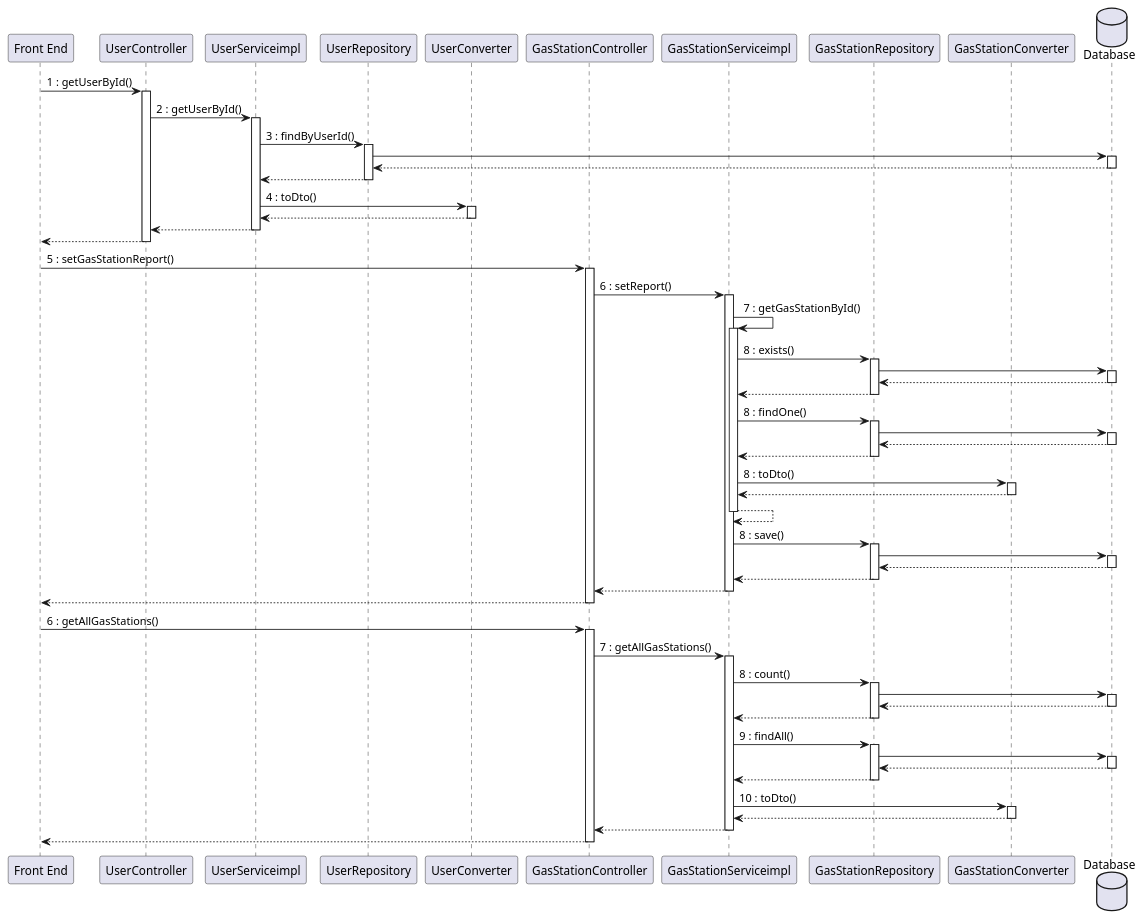
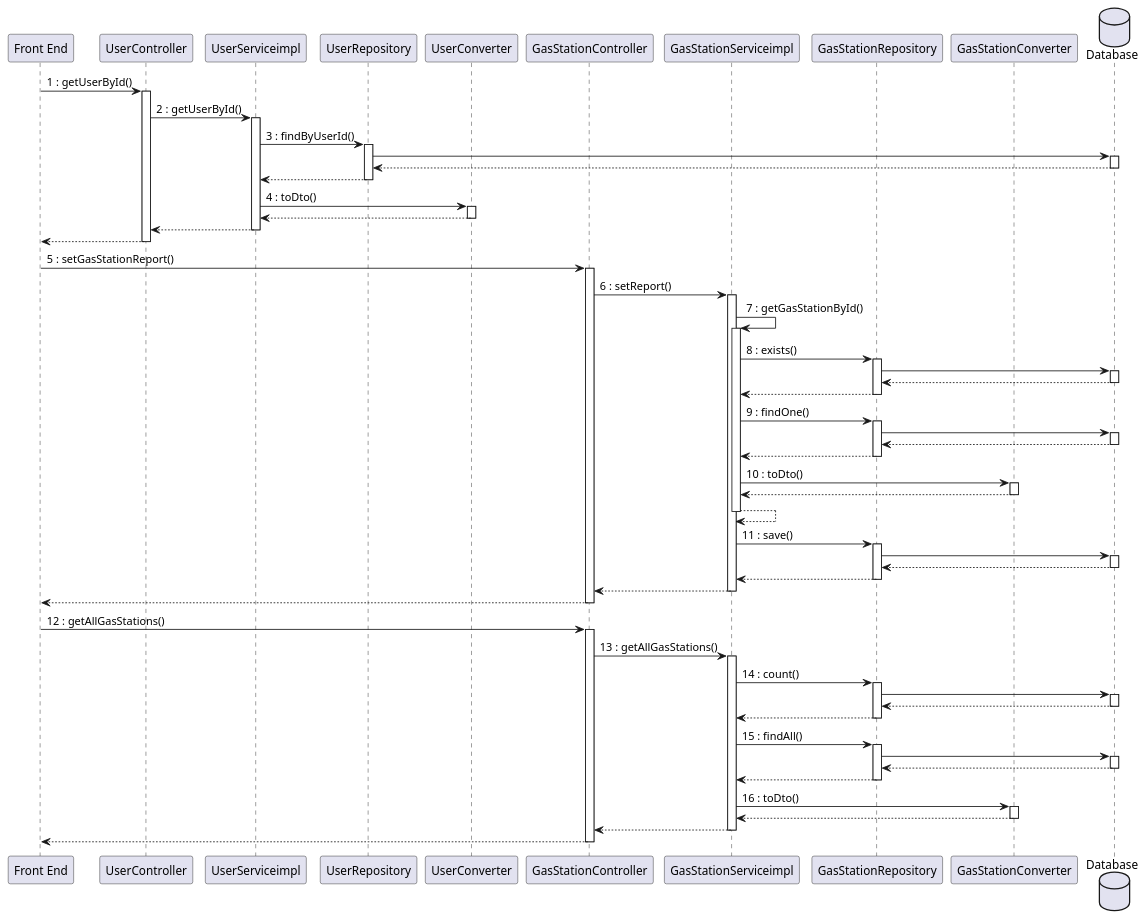
Before and after one commit to mosTavassoli/ezgas: diagram 11 of 15 in docs/DesignDocument.md, drawn with PlantUML.

Commit message:
docs(DesignDocument): fix sequence diagram use case 7

````diff
--- a/docs/DesignDocument.md
+++ b/docs/DesignDocument.md
@@ -753,75 +753,75 @@
 ```plantuml
 database Database order 30
 "Front End" -> UserController:1 : getUserById()
 activate UserController
 UserController -> UserServiceimpl:2 : getUserById()
 activate UserServiceimpl
 UserServiceimpl -> UserRepository:3 : findByUserId()
 activate UserRepository
 UserRepository -> Database
 activate Database
 return
 return
 UserServiceimpl -> UserConverter:4 : toDto()
 activate UserConverter
 return
 return
 return
 
 "Front End" -> GasStationController:5 : setGasStationReport()
 activate GasStationController
 GasStationController -> GasStationServiceimpl:6 : setReport()
 activate GasStationServiceimpl
 
 GasStationServiceimpl -> GasStationServiceimpl:7 : getGasStationById()
 activate GasStationServiceimpl
 GasStationServiceimpl -> GasStationRepository:8 : exists()
 activate GasStationRepository
 GasStationRepository -> Database
 activate Database
 return
 return
-GasStationServiceimpl -> GasStationRepository:8 : findOne()
+GasStationServiceimpl -> GasStationRepository:9 : findOne()
 activate GasStationRepository
 GasStationRepository -> Database
 activate Database
 return
 return
-GasStationServiceimpl -> GasStationConverter:8 : toDto()
+GasStationServiceimpl -> GasStationConverter:10 : toDto()
 activate GasStationConverter
 return
 return
 
 
-GasStationServiceimpl -> GasStationRepository:8 : save()
+GasStationServiceimpl -> GasStationRepository:11 : save()
 activate GasStationRepository
 GasStationRepository -> Database
 activate Database
 return
 return
 return
 return
 
-"Front End" -> GasStationController:6 : getAllGasStations()
+"Front End" -> GasStationController:12 : getAllGasStations()
 activate GasStationController
-GasStationController -> GasStationServiceimpl:7 : getAllGasStations()
+GasStationController -> GasStationServiceimpl:13 : getAllGasStations()
 activate GasStationServiceimpl
-GasStationServiceimpl -> GasStationRepository:8 : count()
+GasStationServiceimpl -> GasStationRepository:14 : count()
 activate GasStationRepository
 GasStationRepository -> Database
 activate Database
 return
 return
-GasStationServiceimpl -> GasStationRepository:9 : findAll()
+GasStationServiceimpl -> GasStationRepository:15 : findAll()
 activate GasStationRepository
 GasStationRepository -> Database
 activate Database
 return
 return
 
-GasStationServiceimpl -> GasStationConverter:10 : toDto()
+GasStationServiceimpl -> GasStationConverter:16 : toDto()
 activate GasStationConverter
 return
 return
 return
 ```
````
